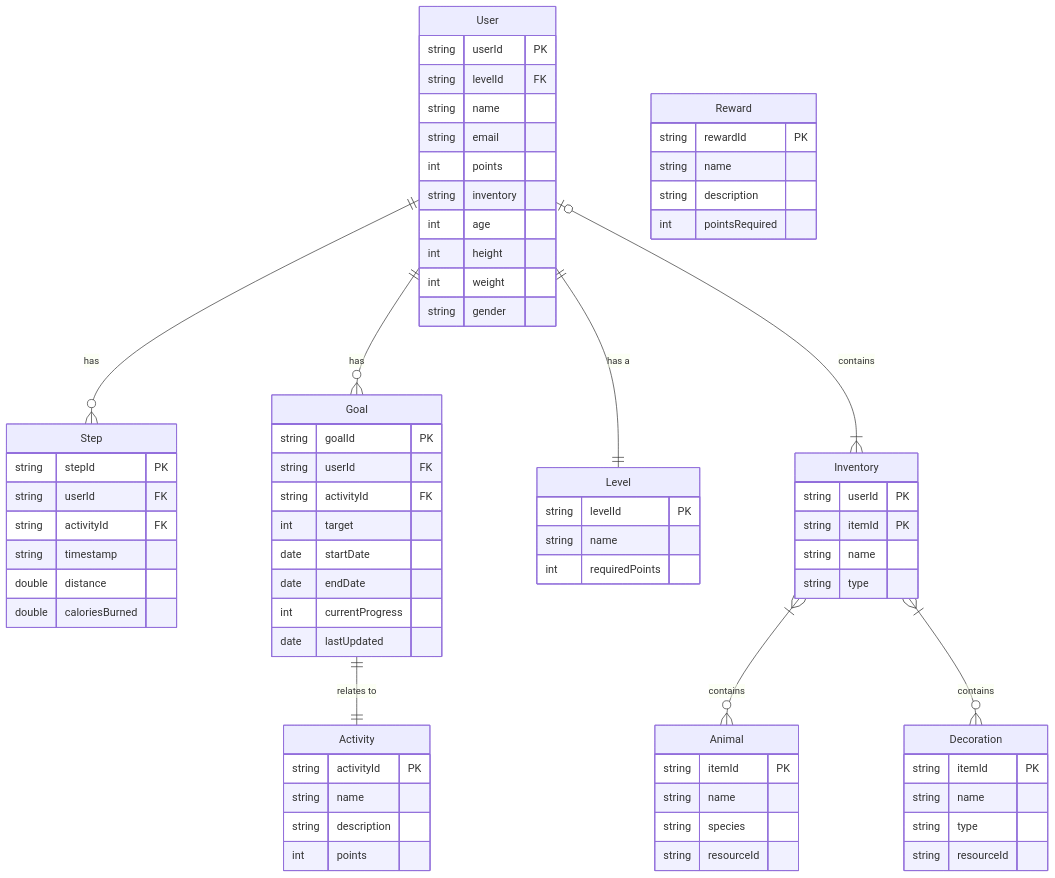
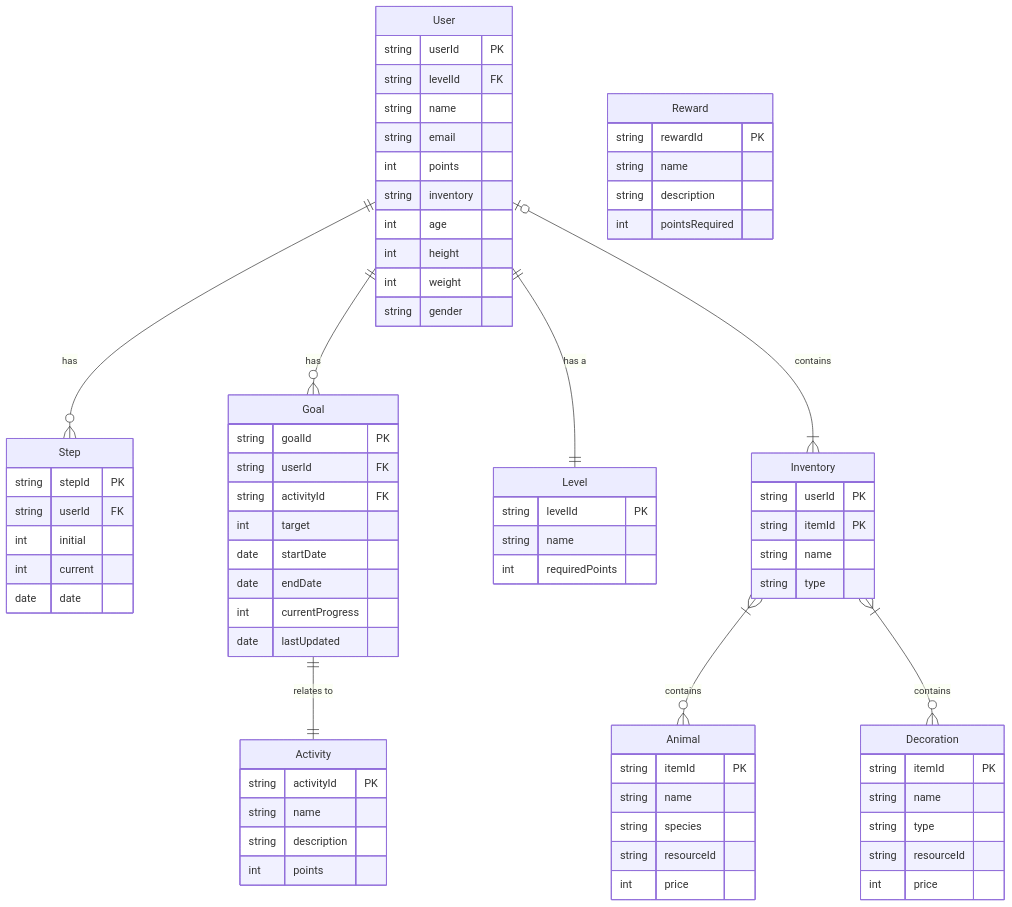
Before and after one commit to PVP-K409/fit-flow-docs: the diagram in database/SCHEMA.md, drawn with Mermaid. The commit also changed other lines of this file, not shown here.

Commit message:
Add price for Animal and Decoration

```diff
--- a/database/SCHEMA.md
+++ b/database/SCHEMA.md
@@ -17,20 +15,19 @@
         string gender
     }
 
+    Step {
+        string stepId PK
+        string userId FK
+        int initial 
+        int current
+        date date
+    }
+
     Activity {
         string activityId PK
         string name
         string description
         int points
-    }
-
-    Step {
-        string stepId PK
-        string userId FK
-        string activityId FK
-        string timestamp
-        double distance
-        double caloriesBurned
     }
 
     Goal {
@@ -62,6 +59,7 @@
         string name
         string species
         string resourceId
+        int price
     }
 
     Decoration {
@@ -69,6 +67,7 @@
         string name
         string type
         string resourceId
+        int price
     }
 
     Reward {
```
